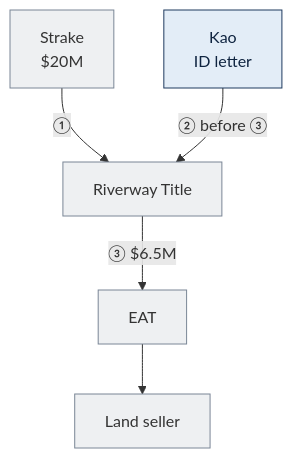
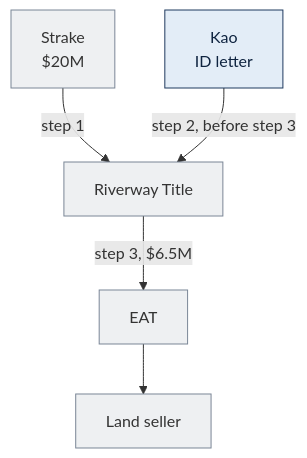
One commit to EthanCow/North-Forsyth-1031-Diagrams changed the fifth of 10 diagrams in North_Forsyth_1031_Diagrams.md. Above: the diagram before and after it, drawn with Mermaid. The commit also changed other lines of this file and 1 other file, not shown here.

````diff
--- a/North_Forsyth_1031_Diagrams.md
+++ b/North_Forsyth_1031_Diagrams.md
@@ -400,13 +399,13 @@
 ```mermaid
 flowchart TB
   SK["Strake\n$20M"]:::neutral
   QI["Riverway Title"]:::neutral
   K["Kao\nID letter"]:::kao
   EAT["EAT"]:::neutral
   LS["Land seller"]:::neutral
-  SK -->|"①"| QI
-  K -->|"② before ③"| QI
-  QI -->|"③ $6.5M"| EAT --> LS
+  SK -->|"step 1"| QI
+  K -->|"step 2, before step 3"| QI
+  QI -->|"step 3, $6.5M"| EAT --> LS
   classDef kao fill:#e3edf7,stroke:#1f3a5f,color:#0f2440;
   classDef neutral fill:#eef0f2,stroke:#7a8696,color:#333;
 ```
````
